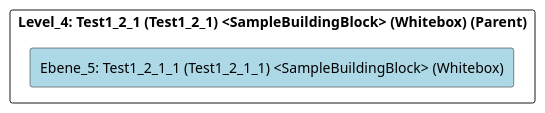
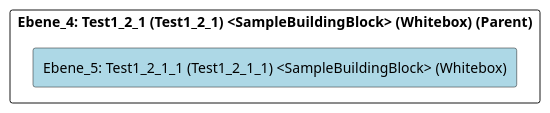
One commit to marcozwyssig/cleon changed the diagram in src/cleon.architecturemethods.arc42.sample/doc/cleon_architecturemethods_arc42_sample_arc42/adoc/de/05_bausteinsicht/chess/test1/test1_2/test1_2_1/test1_2_1_1/ebene_5_test1_2_1_1.adoc. Above: the diagram before and after it, drawn with PlantUML. The commit also changed other lines of this file and 620 other files, not shown here.

```diff
--- a/src/cleon.architecturemethods.arc42.sample/doc/cleon_architecturemethods_arc42_sample_arc42/adoc/de/05_bausteinsicht/chess/test1/test1_2/test1_2_1/test1_2_1_1/ebene_5_test1_2_1_1.adoc
+++ b/src/cleon.architecturemethods.arc42.sample/doc/cleon_architecturemethods_arc42_sample_arc42/adoc/de/05_bausteinsicht/chess/test1/test1_2/test1_2_1/test1_2_1_1/ebene_5_test1_2_1_1.adoc
@@ -20,24 +20,24 @@
 [plantuml, Ebene_5: Test1_2_1_1 (Test1_2_1_1) <SampleBuildingBlock> (Whitebox)BlockOverview, format="svg"]
 ----
 @startuml Ebene_5: Test1_2_1_1 (Test1_2_1_1) <SampleBuildingBlock> (Whitebox)BuildingBlockOverview
 
 skinparam ranksep 10
 skinparam componentStyle rectangle
 skinparam shadowing false
 skinparam arrowColor lightblue
 skinparam arrowThickness 1.2
 skinparam rectangle {
   BackgroundColor White
   BorderColor #333
   RoundCorner 10
 }
 top to bottom direction
 
-component "Level_4: Test1_2_1 (Test1_2_1) <SampleBuildingBlock> (Whitebox) (Parent)" {
+component "Ebene_4: Test1_2_1 (Test1_2_1) <SampleBuildingBlock> (Whitebox) (Parent)" {
     component "Ebene_5: Test1_2_1_1 (Test1_2_1_1) <SampleBuildingBlock> (Whitebox)" #lightblue {
     }
 
 }
 
 @enduml
 ----
```
